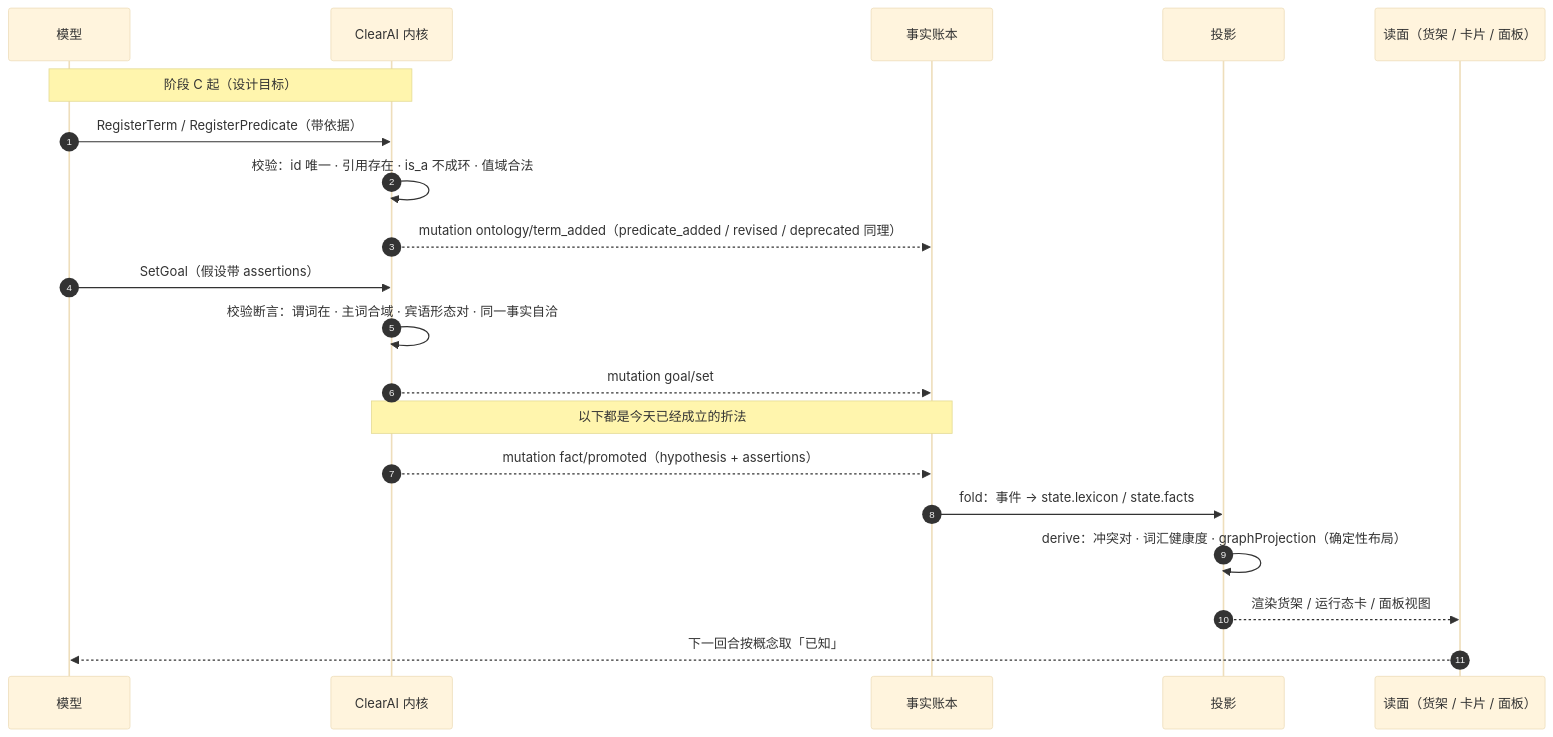
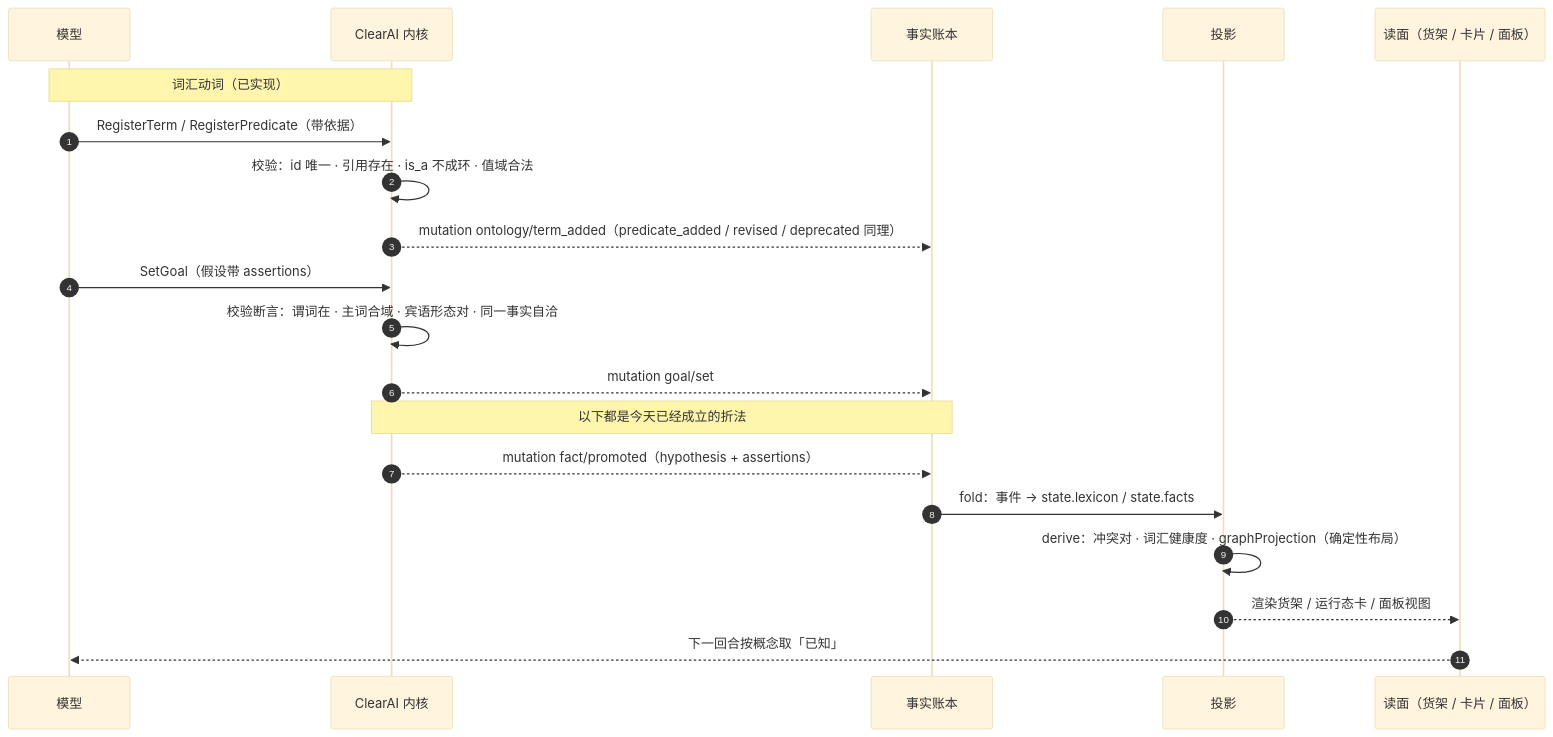
One commit to Clearailhc/clearai-dsh changed the sixth of 7 diagrams in docs/optimization/timing-diagrams.zh-CN.md. Above: the diagram before and after it, drawn with Mermaid (base theme). The commit also changed other lines of this file and 28 other files, not shown here.

````diff
--- a/docs/optimization/timing-diagrams.zh-CN.md
+++ b/docs/optimization/timing-diagrams.zh-CN.md
@@ -232,23 +232,23 @@
 ```mermaid
 sequenceDiagram
     autonumber
     participant M as 模型
     participant K as ClearAI 内核
     participant L as 事实账本
     participant P as 投影
     participant G as 读面（货架 / 卡片 / 面板）
 
-    Note over M,K: 阶段 C 起（设计目标）
+    Note over M,K: 词汇动词（已实现）
     M->>K: RegisterTerm / RegisterPredicate（带依据）
     K->>K: 校验：id 唯一 · 引用存在 · is_a 不成环 · 值域合法
     K-->>L: mutation ontology/term_added（predicate_added / revised / deprecated 同理）
     M->>K: SetGoal（假设带 assertions）
     K->>K: 校验断言：谓词在 · 主词合域 · 宾语形态对 · 同一事实自洽
     K-->>L: mutation goal/set
     Note over K,L: 以下都是今天已经成立的折法
     K-->>L: mutation fact/promoted（hypothesis + assertions）
     L->>P: fold：事件 → state.lexicon / state.facts
     P->>P: derive：冲突对 · 词汇健康度 · graphProjection（确定性布局）
     P-->>G: 渲染货架 / 运行态卡 / 面板视图
     G-->>M: 下一回合按概念取「已知」
 ```
````
